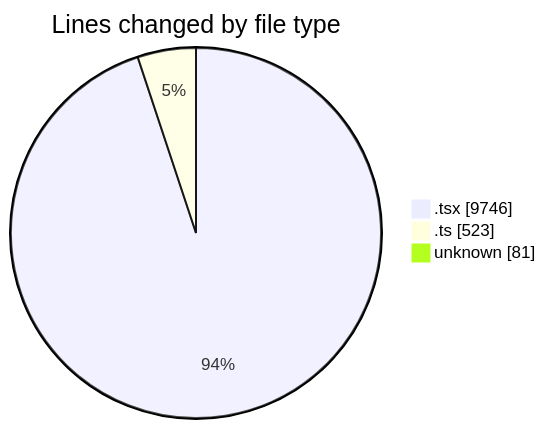
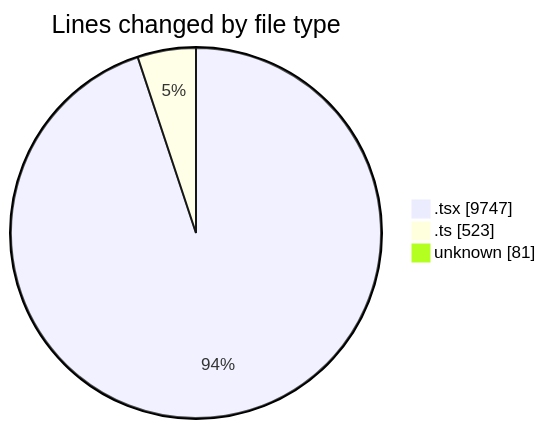
Before and after one commit to nxtqubesakshisongat/code-tracking: the first of 2 diagrams in 2026-04-05/nxtqube_webapp/README.md, drawn with Mermaid. The commit also changed other lines of this file and 1 other file, not shown here.

````diff
--- a/2026-04-05/nxtqube_webapp/README.md
+++ b/2026-04-05/nxtqube_webapp/README.md
@@ -27,7 +27,7 @@
 ```mermaid
 pie showData
 title Lines changed by file type
-".tsx" : 9746
+".tsx" : 9747
 ".ts" : 523
 "unknown" : 81
 ```
````
